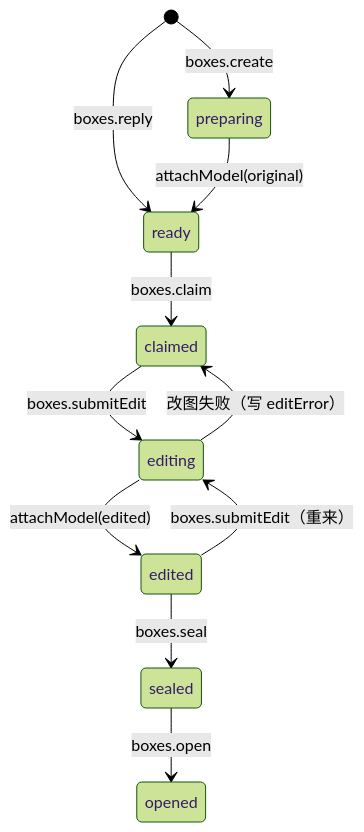
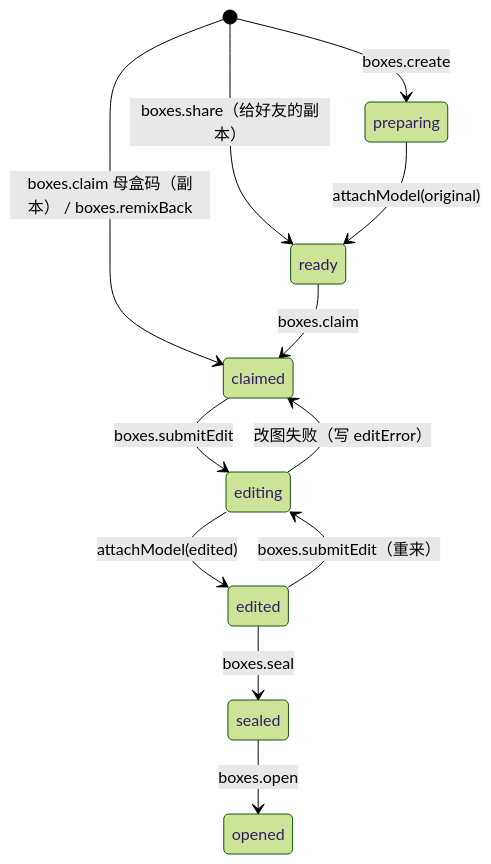
One commit to zigeH/tongpin changed the diagram in docs/api.md. Above: the diagram before and after it, drawn with Mermaid (forest theme). The commit also changed other lines of this file and 12 other files, not shown here.

Commit message:
ISS-14: add share/remixBack/friends implementation, tests, e2e, docs

````diff
--- a/docs/api.md
+++ b/docs/api.md
@@ -62,13 +82,14 @@
 ```mermaid
 stateDiagram-v2
   [*] --> preparing: boxes.create
-  [*] --> ready: boxes.reply
+  [*] --> ready: boxes.share（给好友的副本）
+  [*] --> claimed: boxes.claim 母盒码（副本） / boxes.remixBack
   preparing --> ready: attachModel(original)
   ready --> claimed: boxes.claim
   claimed --> editing: boxes.submitEdit
   edited --> editing: boxes.submitEdit（重来）
   editing --> edited: attachModel(edited)
   editing --> claimed: 改图失败（写 editError）
   edited --> sealed: boxes.seal
   sealed --> opened: boxes.open
 ```
````
